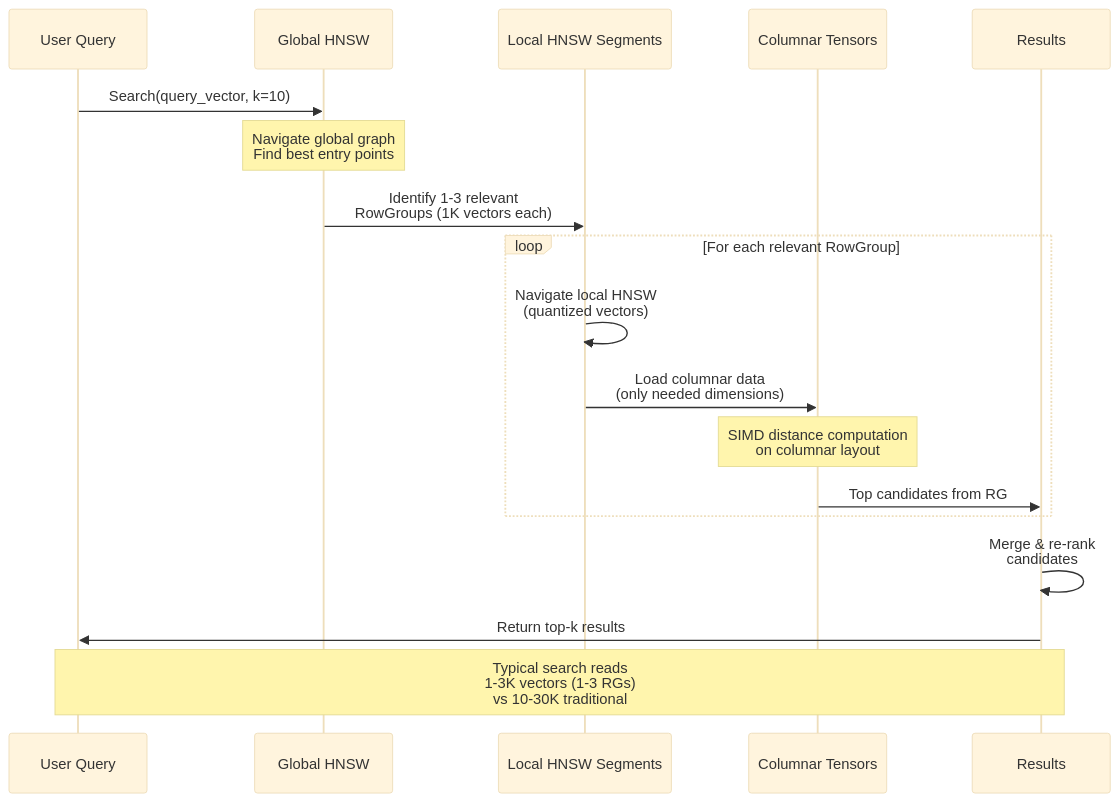
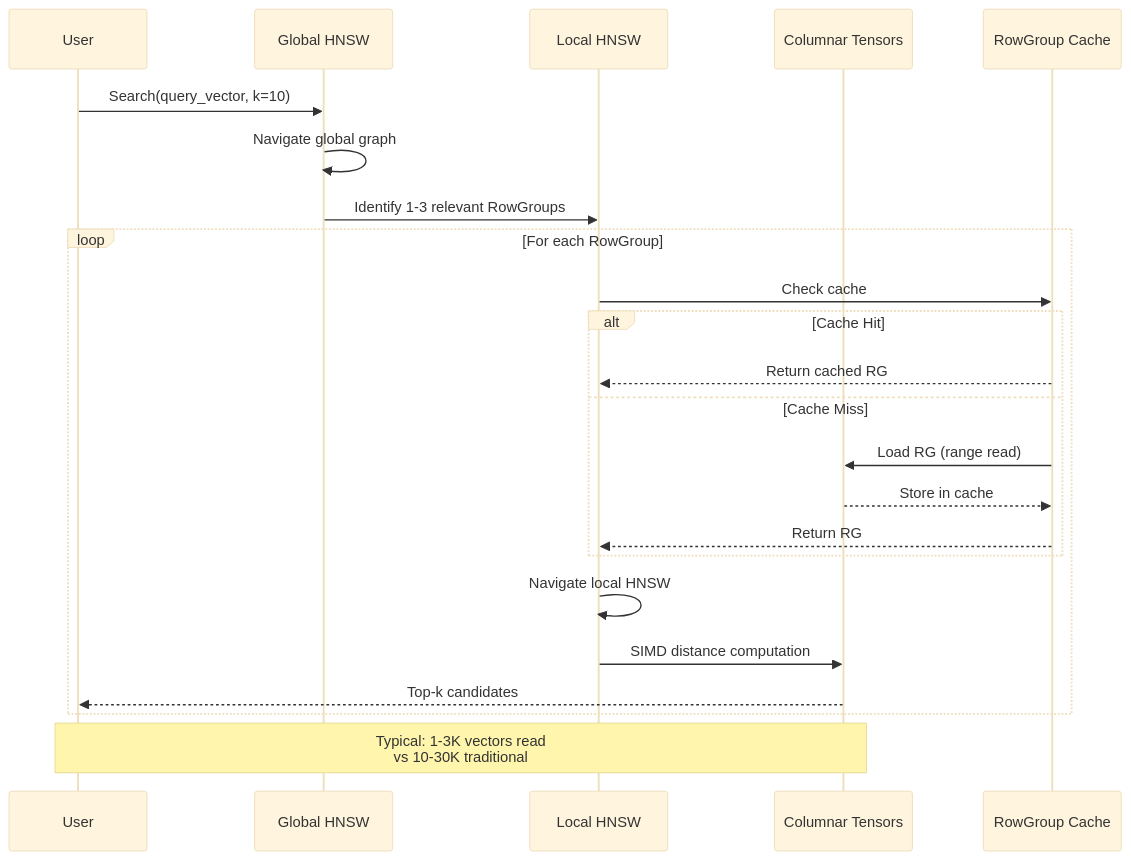
Before and after one commit to vjsingh1984/proximaDB: the second of 5 diagrams in docs/raptor_engine_design_spec.md, drawn with Mermaid (base theme). The commit also changed other lines of this file and 2 other files, not shown here.

````diff
--- a/docs/raptor_engine_design_spec.md
+++ b/docs/raptor_engine_design_spec.md
@@ -87,28 +61,28 @@
 ```mermaid
 sequenceDiagram
-    participant User as User Query
+    participant User
     participant Global as Global HNSW
-    participant Local as Local HNSW Segments
+    participant Local as Local HNSW
     participant Tensor as Columnar Tensors
-    participant Result as Results
+    participant Cache as RowGroup Cache
     
     User->>Global: Search(query_vector, k=10)
+    Global->>Global: Navigate global graph
+    Global->>Local: Identify 1-3 relevant RowGroups
     
-    Note over Global: Navigate global graph<br/>Find best entry points
-    
-    Global->>Local: Identify 1-3 relevant<br/>RowGroups (1K vectors each)
-    
-    loop For each relevant RowGroup
-        Local->>Local: Navigate local HNSW<br/>(quantized vectors)
-        Local->>Tensor: Load columnar data<br/>(only needed dimensions)
-        
-        Note over Tensor: SIMD distance computation<br/>on columnar layout
-        
-        Tensor->>Result: Top candidates from RG
+    loop For each RowGroup
+        Local->>Cache: Check cache
+        alt Cache Hit
+            Cache-->>Local: Return cached RG
+        else Cache Miss
+            Cache->>Tensor: Load RG (range read)
+            Tensor-->>Cache: Store in cache
+            Cache-->>Local: Return RG
+        end
+        Local->>Local: Navigate local HNSW
+        Local->>Tensor: SIMD distance computation
+        Tensor-->>User: Top-k candidates
     end
     
-    Result->>Result: Merge & re-rank<br/>candidates
-    Result->>User: Return top-k results
-    
-    Note over User,Result: Typical search reads<br/>1-3K vectors (1-3 RGs)<br/>vs 10-30K traditional
+    Note over User,Tensor: Typical: 1-3K vectors read<br/>vs 10-30K traditional
 ```
````
